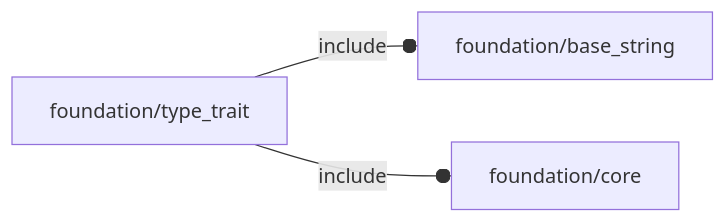
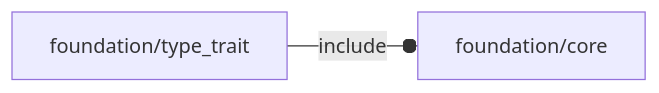
The diagram in orthodocs/foundation/type_trait.md (ggabbiani/OFL), drawn with Mermaid before and after one commit. The commit also changed 52 other files, not shown here.

Commit message:
base_* libraries merged into core.scad

````diff
--- a/orthodocs/foundation/type_trait.md
+++ b/orthodocs/foundation/type_trait.md
@@ -5,5 +5,4 @@
 ```mermaid
 graph LR
-    A1[foundation/type_trait] --o|include| A2[foundation/base_string]
-    A1 --o|include| A3[foundation/core]
+    A1[foundation/type_trait] --o|include| A2[foundation/core]
 ```
````
